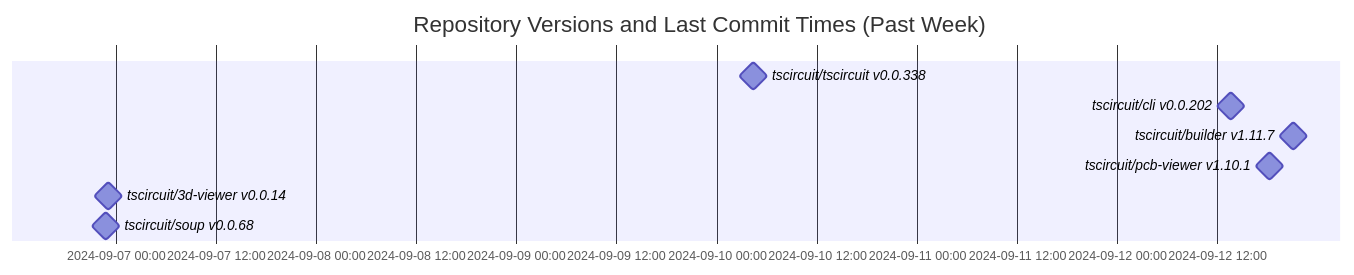
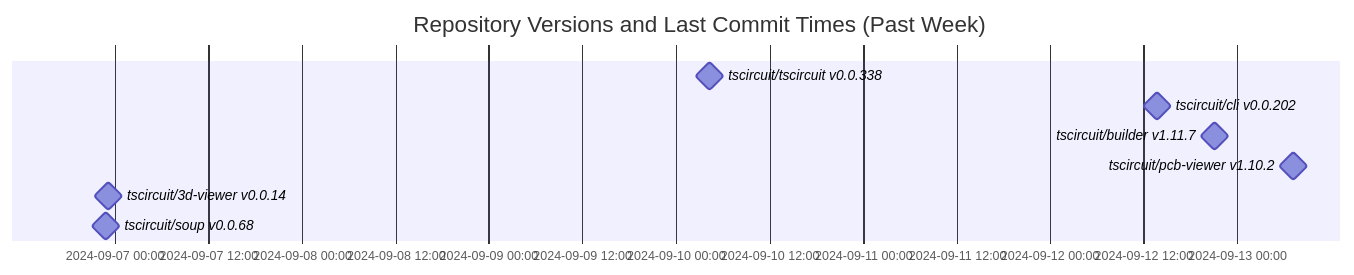
Before and after one commit to tscircuit/version-tracker: the diagram in README.md, drawn with Mermaid.

Commit message:
Update chart

````diff
--- a/README.md
+++ b/README.md
@@ -1,13 +1,13 @@
 ```mermaid
 gantt
   dateFormat  YYYY-MM-DD HH:mm:ss
   title Repository Versions and Last Commit Times (Past Week)
   axisFormat %Y-%m-%d %H:%M
 
   tscircuit/tscircuit v0.0.338 : milestone, 2024-09-10 04:23:10, 1s
   tscircuit/cli v0.0.202 : milestone, 2024-09-12 13:37:53, 1s
   tscircuit/builder v1.11.7 : milestone, 2024-09-12 21:03:51, 1s
-  tscircuit/pcb-viewer v1.10.1 : milestone, 2024-09-12 18:10:30, 1s
+  tscircuit/pcb-viewer v1.10.2 : milestone, 2024-09-13 07:11:18, 1s
   tscircuit/3d-viewer v0.0.14 : milestone, 2024-09-06 23:07:26, 1s
   tscircuit/soup v0.0.68 : milestone, 2024-09-06 22:51:33, 1s
 ```
````
